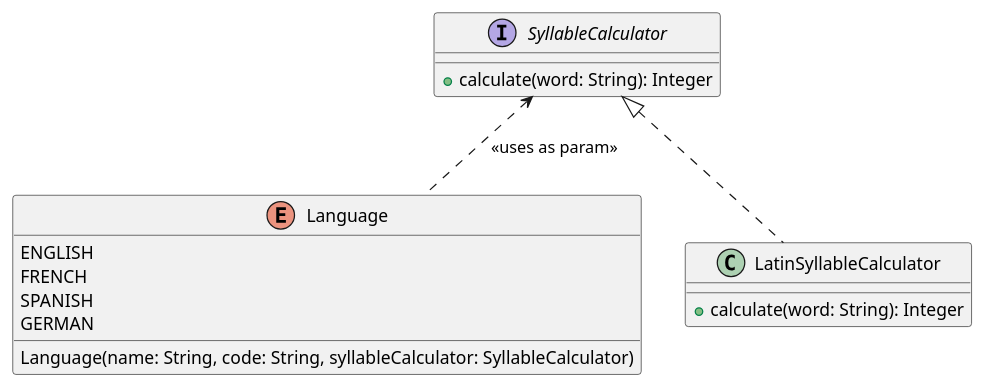
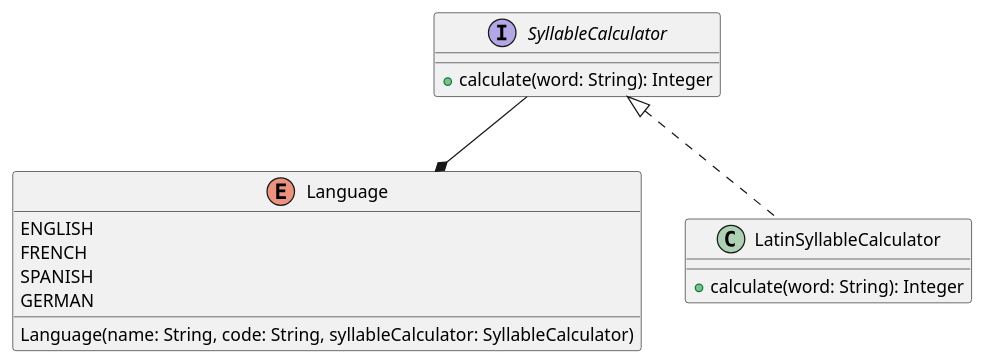
One commit to manimeh/BiblioLinguist changed the diagram in uml_diagrams/class_diagrams/entities/LanguageUML.puml. Above: the diagram before and after it, drawn with PlantUML. The commit also changed 20 other files, not shown here.

Commit message:
added UML diagarams

```diff
--- a/uml_diagrams/class_diagrams/entities/LanguageUML.puml
+++ b/uml_diagrams/class_diagrams/entities/LanguageUML.puml
@@ -1,24 +1,24 @@
 @startuml
 enum Language
 {
 ENGLISH
 FRENCH
 SPANISH
 GERMAN
 
 Language(name: String, code: String, syllableCalculator: SyllableCalculator)
 }
 
 interface SyllableCalculator
 {
 +calculate(word: String): Integer
 }
 
 class LatinSyllableCalculator
 {
 +calculate(word: String): Integer
 }
 
 SyllableCalculator <|.. LatinSyllableCalculator
-SyllableCalculator <.. Language: <<uses as param>>
+SyllableCalculator --* Language
 @enduml
```
